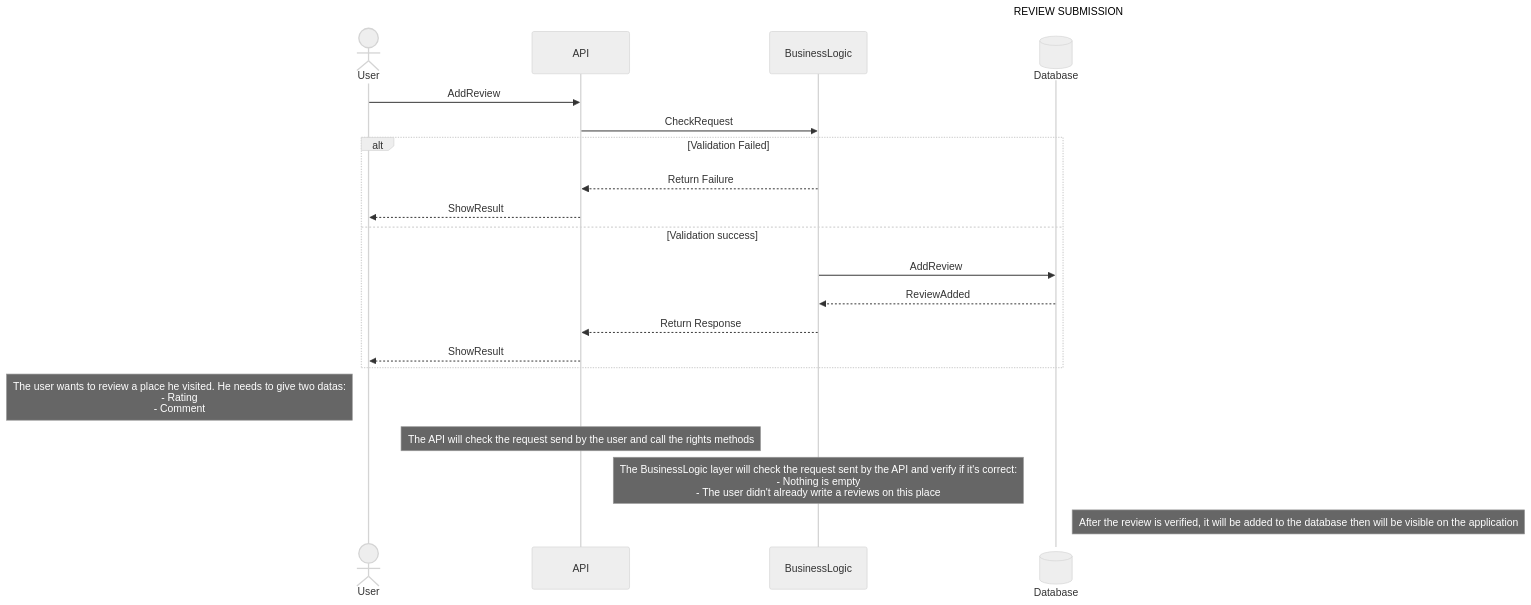
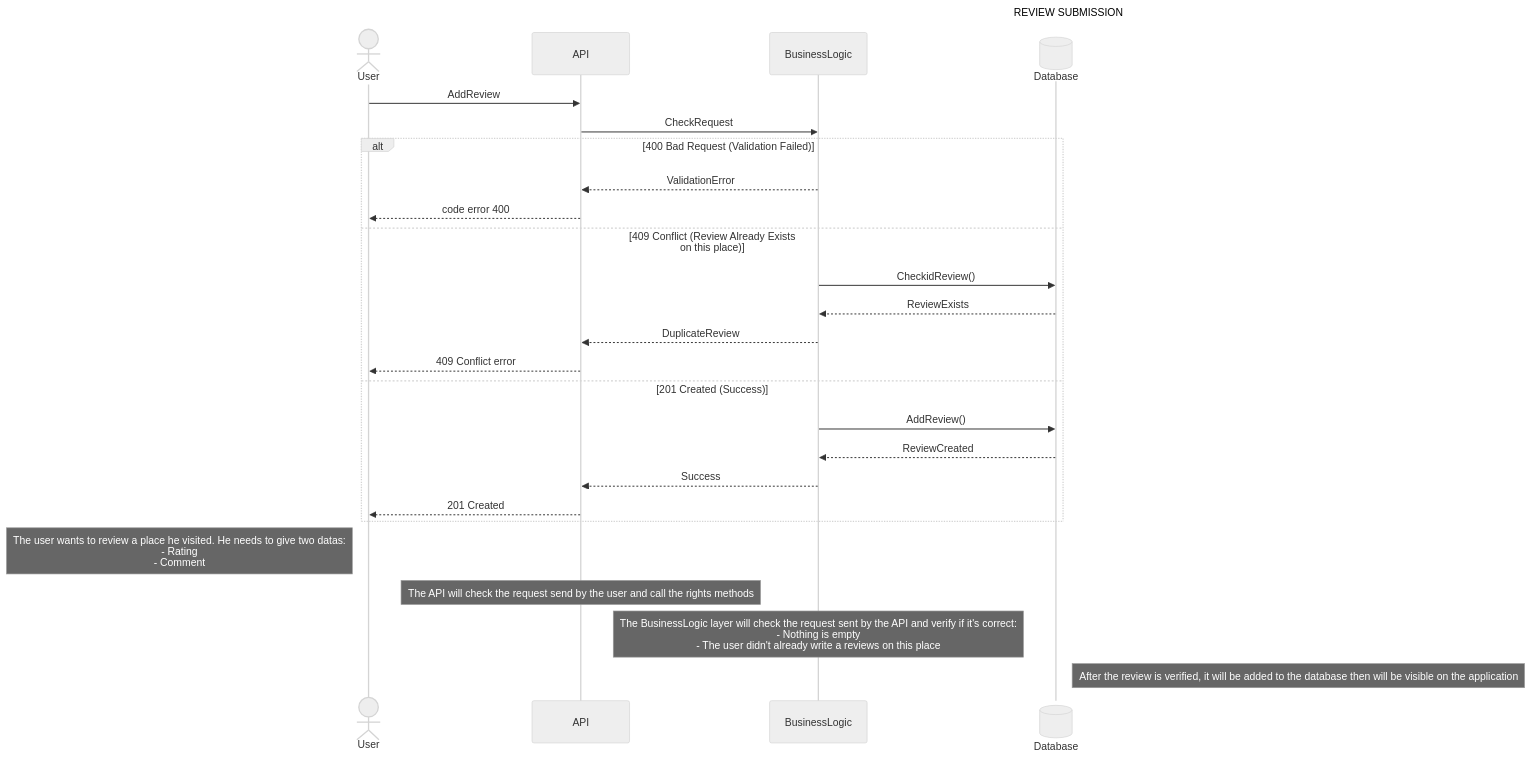
Before and after one commit to EnzoMessaoudi/holbertonschool-hbnb: the diagram in part1/Sequence Diagrams for API Calls (task 2)/Sequence_Diagram_Review_Submission.mermaid, drawn with Mermaid. The commit also changed 1 other file, not shown here.

Commit message:
Add code errors

```diff
--- a/part1/Sequence Diagrams for API Calls (task 2)/Sequence_Diagram_Review_Submission.mermaid
+++ b/part1/Sequence Diagrams for API Calls (task 2)/Sequence_Diagram_Review_Submission.mermaid
@@ -1,29 +1,34 @@
 %%{ init : { "theme": "neutral" } }%%
 
 sequenceDiagram
 title REVIEW SUBMISSION
 actor User 
 participant API
 participant BusinessLogic
 participant Database@{ "type" : "database" }
 
 User->>API: AddReview
 API->>BusinessLogic: CheckRequest
 
-alt Validation Failed
-    BusinessLogic-->>API: Return Failure
-    API-->>User: ShowResult
-else Validation success
-    BusinessLogic->>Database: AddReview
-    Database-->>BusinessLogic: ReviewAdded
-    BusinessLogic-->>API: Return Response
-    API-->>User: ShowResult
+alt 400 Bad Request (Validation Failed)
+    BusinessLogic-->>API: ValidationError
+    API-->>User: code error 400
+else 409 Conflict (Review Already Exists on this place)
+    BusinessLogic->>Database: CheckidReview()
+    Database-->>BusinessLogic: ReviewExists
+    BusinessLogic-->>API: DuplicateReview
+    API-->>User: 409 Conflict error
+else 201 Created (Success)
+    BusinessLogic->>Database: AddReview()
+    Database-->>BusinessLogic: ReviewCreated
+    BusinessLogic-->>API: Success
+    API-->>User: 201 Created
 end
 
 Note left of User: The user wants to review a place he visited. He needs to give two datas:<br/>- Rating<br/>- Comment
 
 Note over API: The API will check the request send by the user and call the rights methods
 
 Note over BusinessLogic: The BusinessLogic layer will check the request sent by the API and verify if it's correct:<br/>- Nothing is empty<br/>- The user didn't already write a reviews on this place
 
 Note right of Database:After the review is verified, it will be added to the database then will be visible on the application
```
